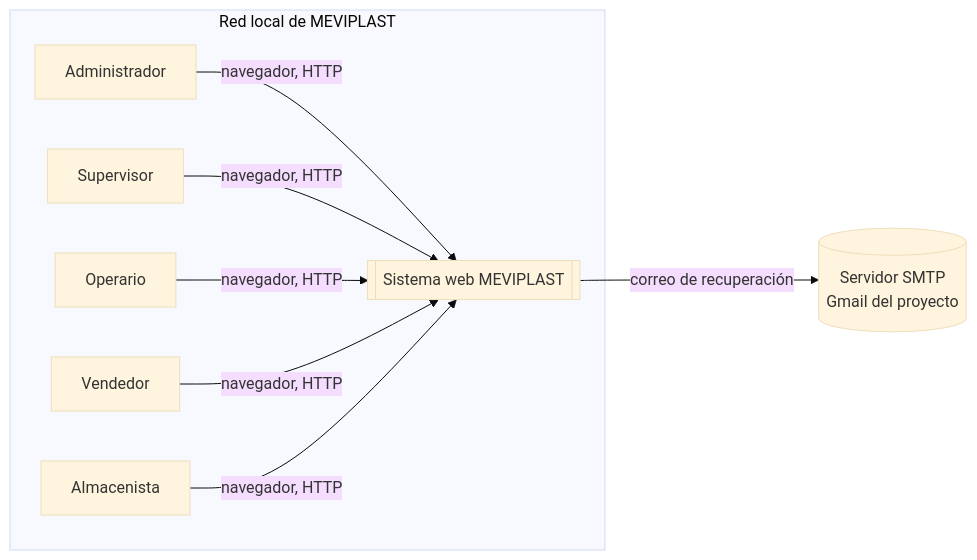
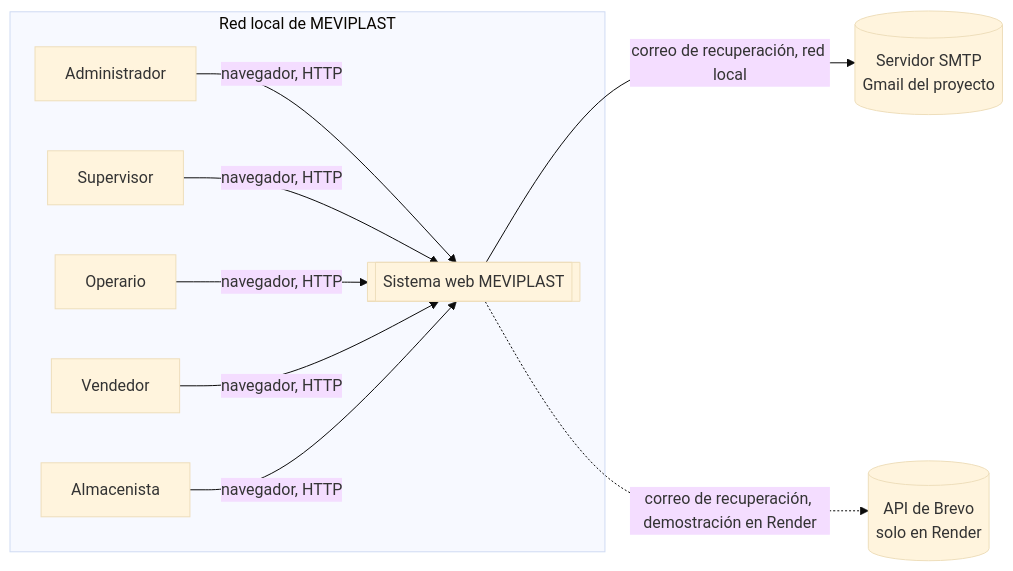
Before and after one commit to Pafuna08/MEVIPLAST-NODEJS: the first of 5 diagrams in docs/architecture/diagramas.md, drawn with Mermaid (base theme). The commit also changed other lines of this file and 10 other files, not shown here.

````diff
--- a/docs/architecture/diagramas.md
+++ b/docs/architecture/diagramas.md
@@ -7,14 +7,16 @@
 ```mermaid
 flowchart LR
   subgraph MEVIPLAST[Red local de MEVIPLAST]
     ADM[Administrador]
     SUP[Supervisor]
     OPE[Operario]
     VEN[Vendedor]
     ALM[Almacenista]
     SYS[[Sistema web MEVIPLAST]]
   end
   SMTP[(Servidor SMTP<br/>Gmail del proyecto)]
+  BREVO[(API de Brevo<br/>solo en Render)]
   ADM & SUP & OPE & VEN & ALM -->|navegador, HTTP| SYS
-  SYS -->|correo de recuperación| SMTP
+  SYS -->|correo de recuperación, red local| SMTP
+  SYS -.->|correo de recuperación, demostración en Render| BREVO
 ```
````
